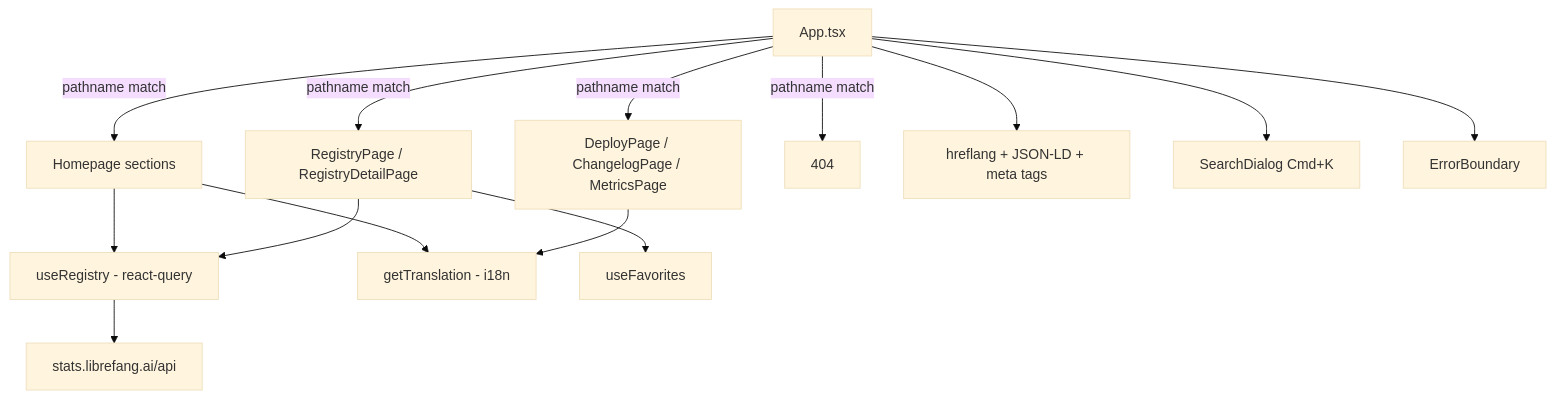
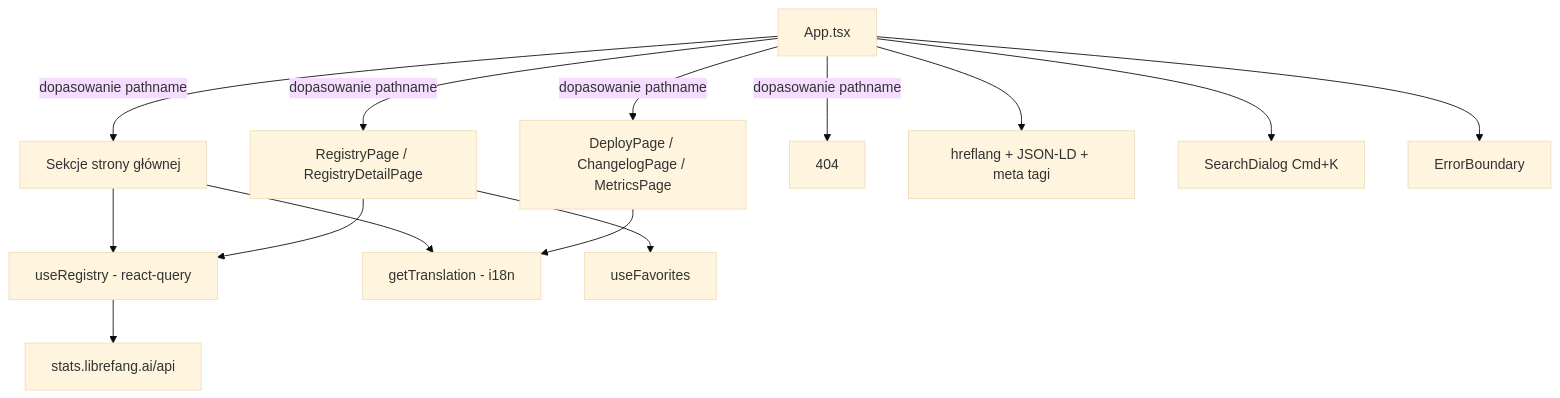
Before and after one commit to leszek3737/librefang-WIki: the diagram in web-src.md, drawn with Mermaid (base theme). The commit also changed other lines of this file and 104 other files, not shown here.

````diff
--- a/web-src.md
+++ b/web-src.md
@@ -9,19 +9,19 @@
 ```mermaid
 graph TD
-    A[App.tsx] -->|pathname match| H[Homepage sections]
-    A -->|pathname match| R[RegistryPage / RegistryDetailPage]
-    A -->|pathname match| D[DeployPage / ChangelogPage / MetricsPage]
-    A -->|pathname match| NF[404]
+    A[App.tsx] -->|dopasowanie pathname| H[Sekcje strony głównej]
+    A -->|dopasowanie pathname| R[RegistryPage / RegistryDetailPage]
+    A -->|dopasowanie pathname| D[DeployPage / ChangelogPage / MetricsPage]
+    A -->|dopasowanie pathname| NF[404]
 
     H --> Reg[useRegistry - react-query]
     H --> I18n[getTranslation - i18n]
     R --> Reg
     R --> Fav[useFavorites]
     D --> I18n
 
     Reg --> API[stats.librefang.ai/api]
 
-    A --> SEO[hreflang + JSON-LD + meta tags]
+    A --> SEO[hreflang + JSON-LD + meta tagi]
     A --> Search[SearchDialog Cmd+K]
     A --> EB[ErrorBoundary]
 ```
````
